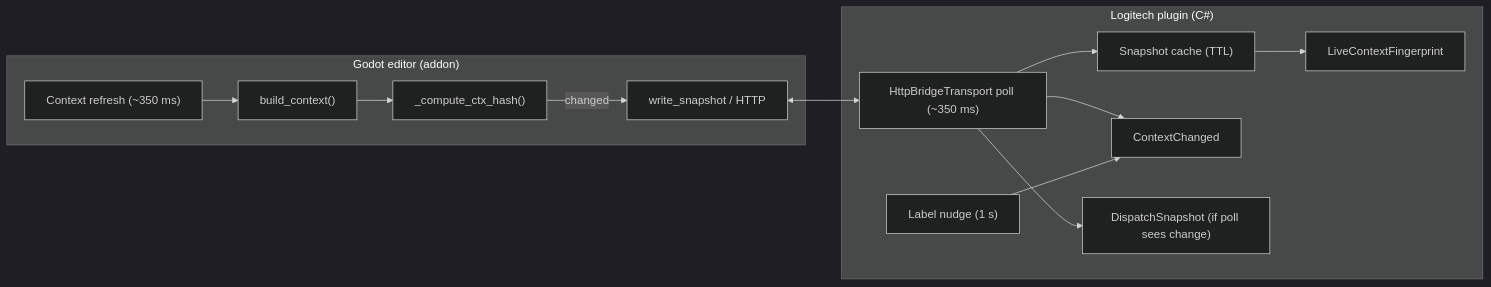
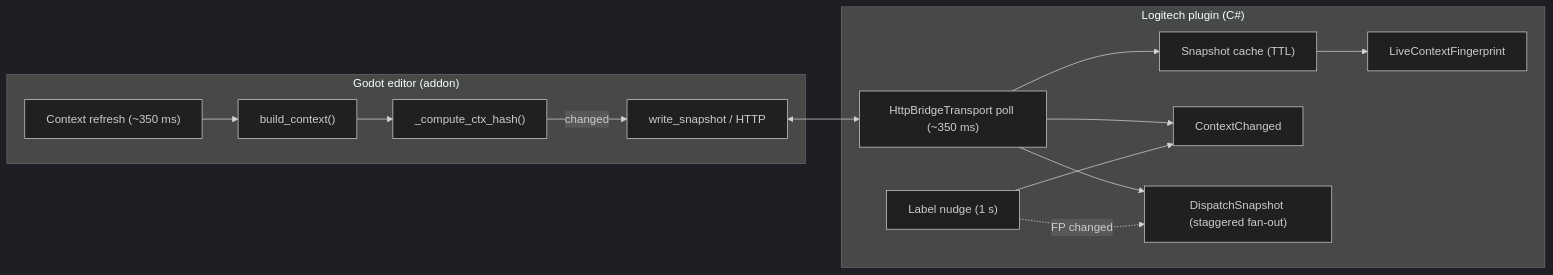
One commit to NahuelBigu/Godot-LogiActionsPlugin changed the diagram in docs/live-context-observer.md. Above: the diagram before and after it, drawn with Mermaid (dark theme). The commit also changed other lines of this file and 33 other files, not shown here.

````diff
--- a/docs/live-context-observer.md
+++ b/docs/live-context-observer.md
@@ -7,24 +7,25 @@
 ```mermaid
 flowchart LR
   subgraph Godot["Godot editor (addon)"]
     Timer["Context refresh (~350 ms)"]
     Build["build_context()"]
     Hash["_compute_ctx_hash()"]
     Write["write_snapshot / HTTP"]
     Timer --> Build --> Hash
     Hash -->|changed| Write
   end
   subgraph Plugin["Logitech plugin (C#)"]
     Poll["HttpBridgeTransport poll (~350 ms)"]
     Cache["Snapshot cache (TTL)"]
     FP["LiveContextFingerprint"]
     CC["ContextChanged"]
-    DS["DispatchSnapshot (if poll sees change)"]
+    DS["DispatchSnapshot (staggered fan-out)"]
     Nudge["Label nudge (1 s)"]
     Poll --> Cache --> FP
     Poll --> CC
     Poll --> DS
     Nudge --> CC
+    Nudge -.->|FP changed| DS
   end
   Write <--> Poll
 ```
````
